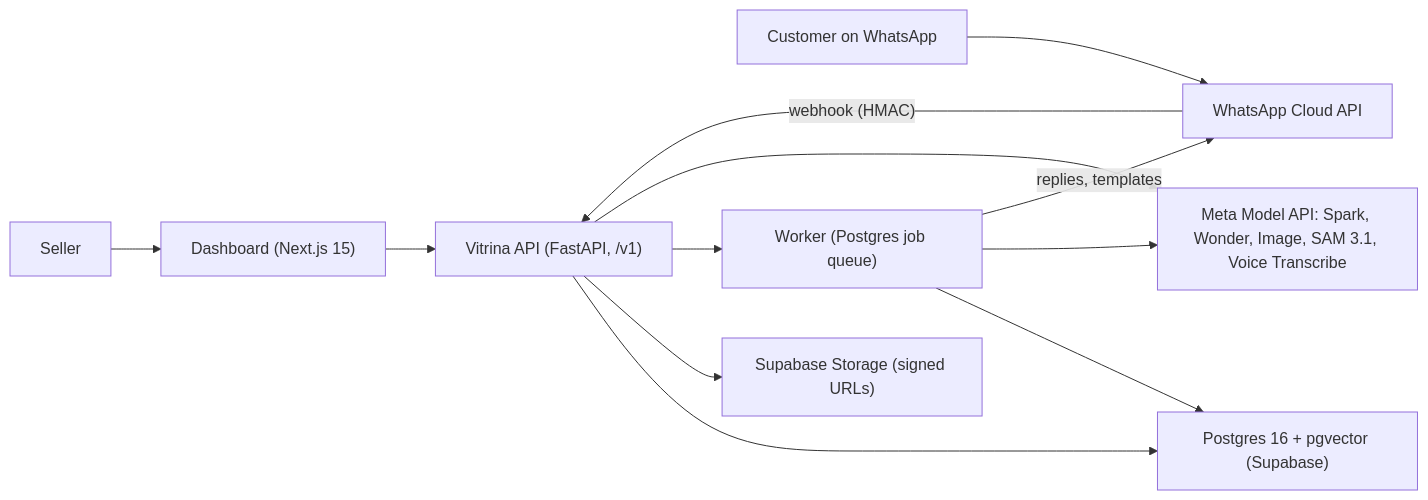
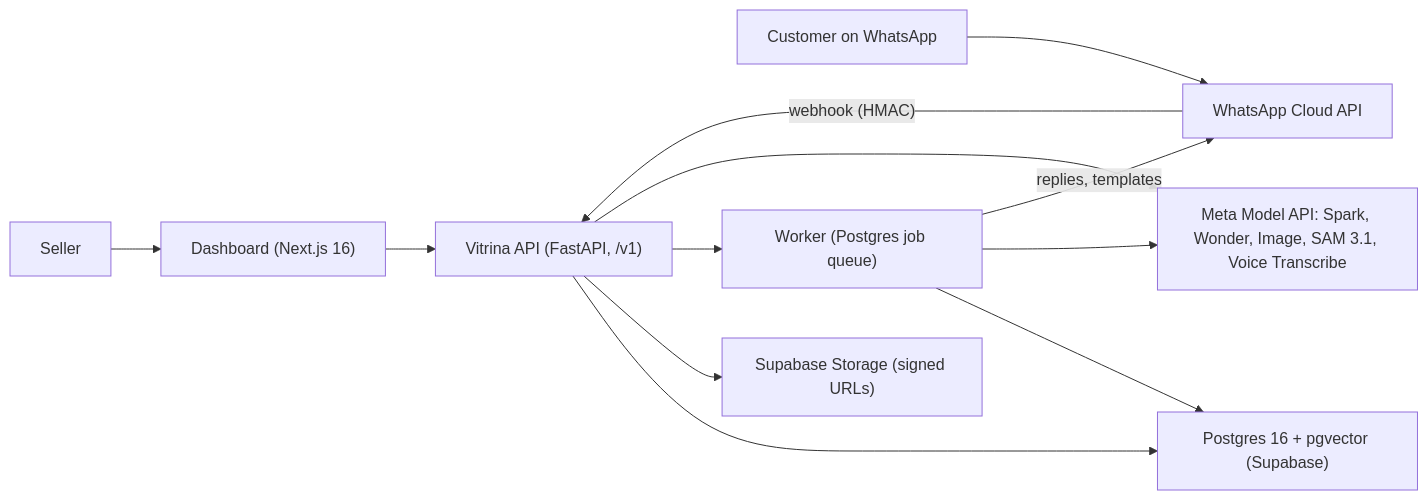
One commit to alined-labs/vitrina changed the diagram in README.md. Above: the diagram before and after it, drawn with Mermaid. The commit also changed 3 other files, not shown here.

````diff
--- a/README.md
+++ b/README.md
@@ -28,14 +28,14 @@
 ```mermaid
 flowchart LR
-  Seller["Seller"] --> Dash["Dashboard (Next.js 15)"]
+  Seller["Seller"] --> Dash["Dashboard (Next.js 16)"]
   Dash --> API["Vitrina API (FastAPI, /v1)"]
   Customer["Customer on WhatsApp"] --> WA["WhatsApp Cloud API"]
   WA -->|"webhook (HMAC)"| API
   API --> DB["Postgres 16 + pgvector (Supabase)"]
   API --> Store["Supabase Storage (signed URLs)"]
   API --> Worker["Worker (Postgres job queue)"]
   Worker --> DB
   API --> Meta["Meta Model API: Spark, Wonder, Image, SAM 3.1, Voice Transcribe"]
   Worker --> Meta
   Worker -->|"replies, templates"| WA
 ```
````
